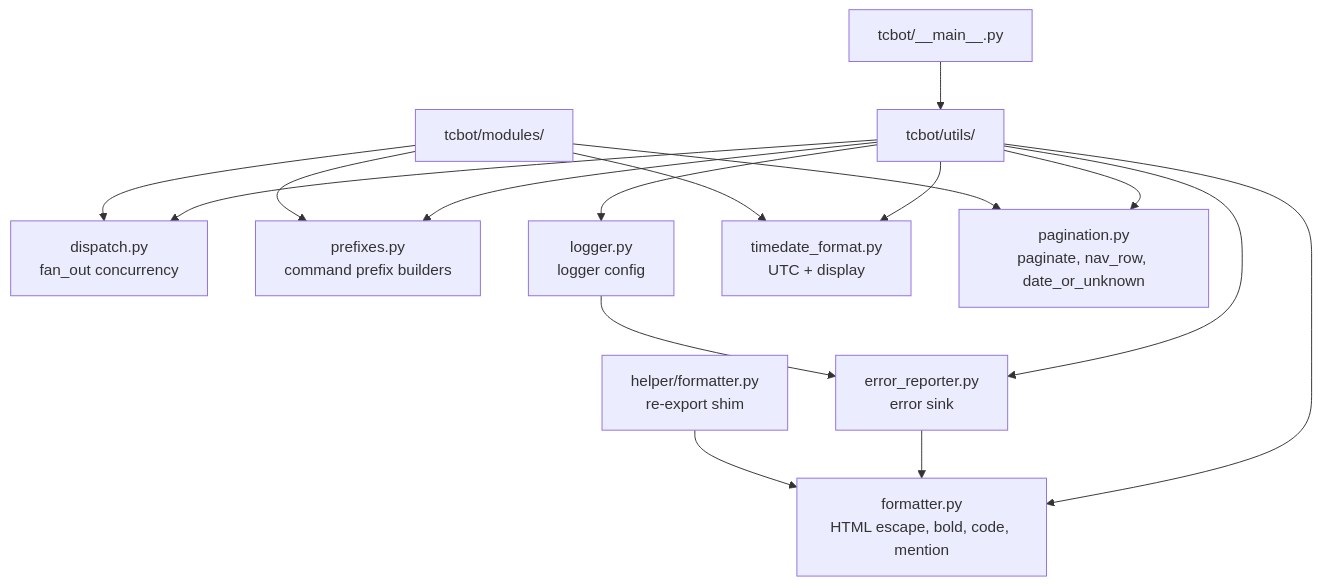
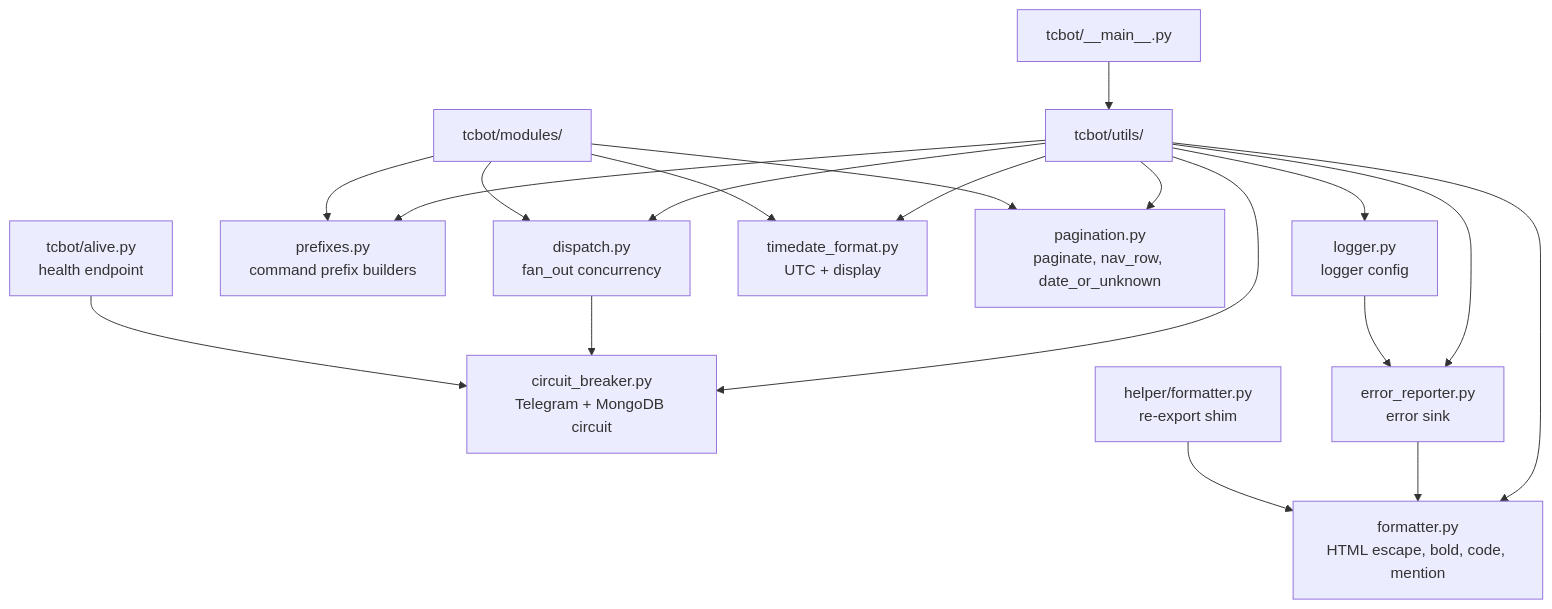
One commit to D1ZZY4/tcbot changed the diagram in docs/utils/utils.md. Above: the diagram before and after it, drawn with Mermaid. The commit also changed other lines of this file and 12 other files, not shown here.

First line of the commit message:
Add circuit breaker to protect against service timeouts

````diff
--- a/docs/utils/utils.md
+++ b/docs/utils/utils.md
@@ -7,18 +7,21 @@
 ```mermaid
 flowchart TD
     Main[tcbot/__main__.py] --> Utils[tcbot/utils/]
+    Utils --> CB[circuit_breaker.py<br/>Telegram + MongoDB circuit]
     Utils --> Dispatch[dispatch.py<br/>fan_out concurrency]
     Utils --> Prefixes[prefixes.py<br/>command prefix builders]
     Utils --> Logging[logger.py<br/>logger config]
     Utils --> ErrorReporter[error_reporter.py<br/>error sink]
     Utils --> TimeDate[timedate_format.py<br/>UTC + display]
     Utils --> Pagination[pagination.py<br/>paginate, nav_row, date_or_unknown]
     Utils --> Fmt[formatter.py<br/>HTML escape, bold, code, mention]
+    Dispatch --> CB
     Modules[tcbot/modules/] --> Dispatch
     Modules --> Prefixes
     Modules --> TimeDate
     Modules --> Pagination
     Logging --> ErrorReporter
     ErrorReporter --> Fmt
     HelperFmt[helper/formatter.py<br/>re-export shim] --> Fmt
+    Alive[tcbot/alive.py<br/>health endpoint] --> CB
 ```
````
